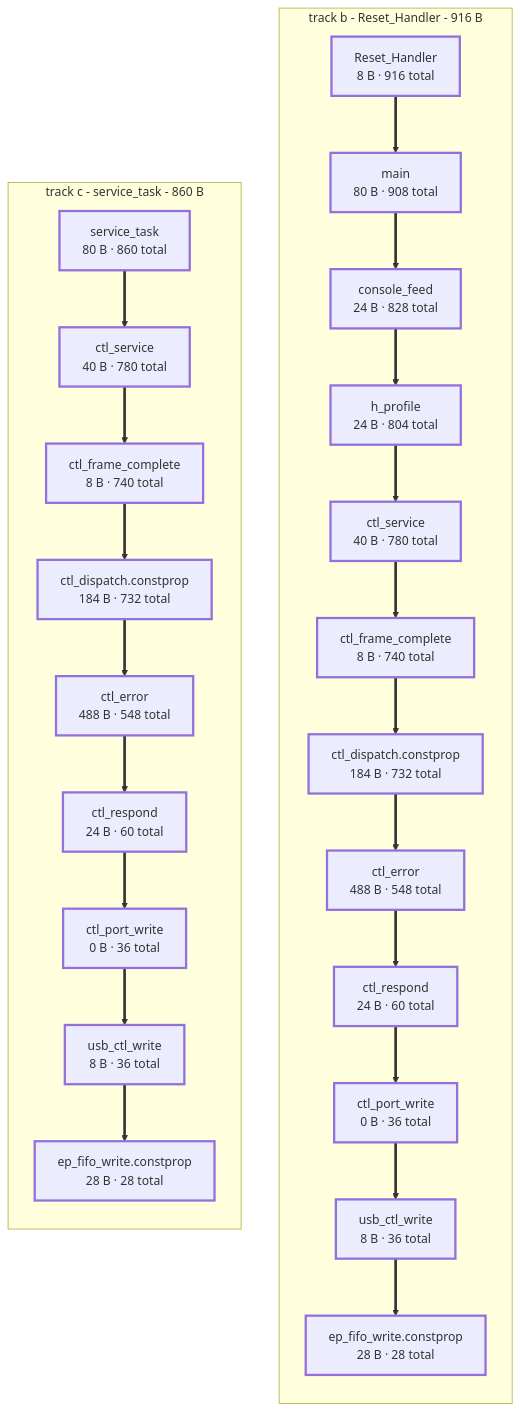
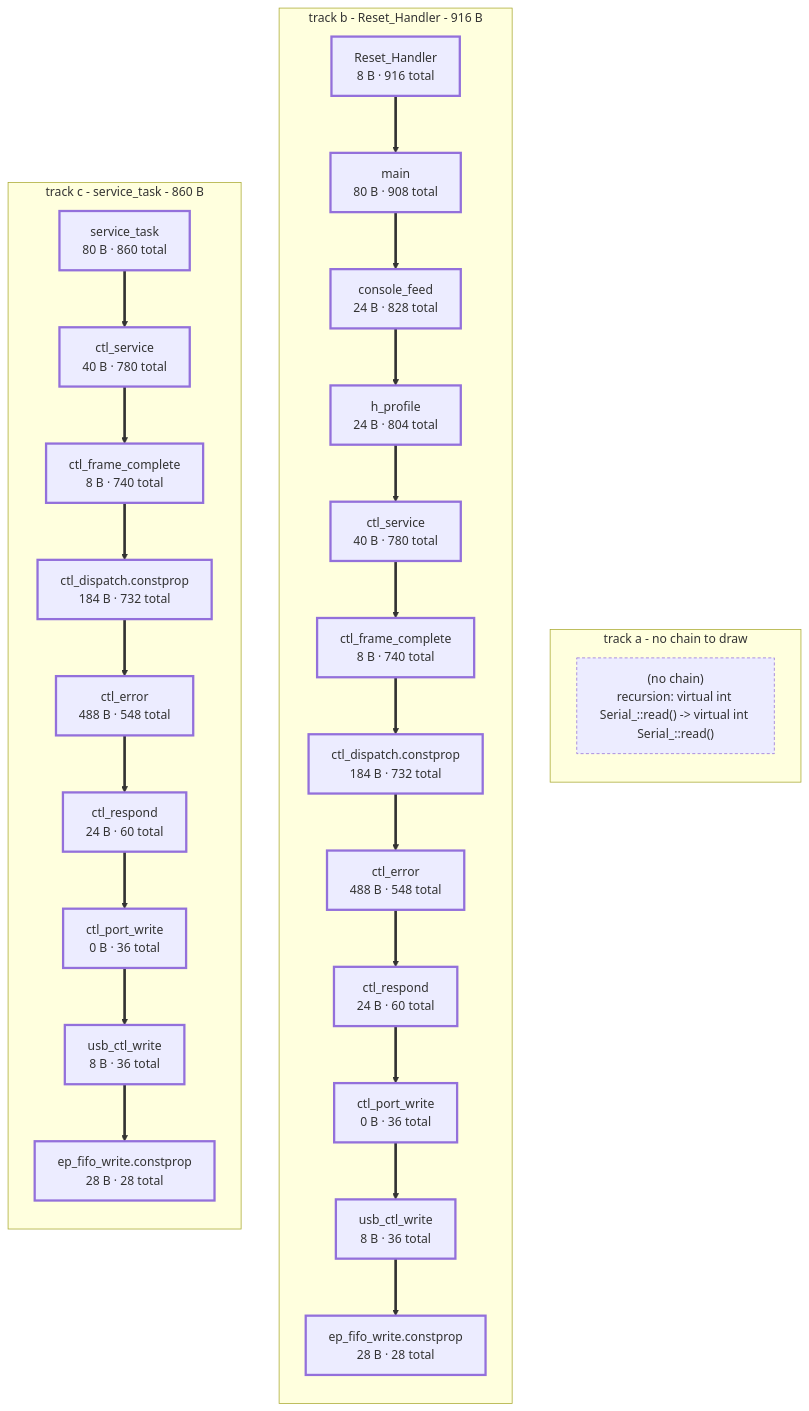
One commit to jerryrt/due_oscilloscope changed the diagram in docs/stack-depth.md. Above: the diagram before and after it, drawn with Mermaid. The commit also changed other lines of this file and 4 other files, not shown here.

````diff
--- a/docs/stack-depth.md
+++ b/docs/stack-depth.md
@@ -133,70 +194,75 @@
 ```mermaid
 graph TD
+  subgraph sg_a["track a - no chain to draw"]
+  direction TB
+    a_none["(no chain)<br/>recursion: virtual int Serial_::read() -#gt; virtual int Serial_::read()"]
+  end
   subgraph sg_b["track b - Reset_Handler - 916 B"]
   direction TB
     b0["Reset_Handler<br/>8 B · 916 total"]
     b1["main<br/>80 B · 908 total"]
     b2["console_feed<br/>24 B · 828 total"]
     b3["h_profile<br/>24 B · 804 total"]
     b4["ctl_service<br/>40 B · 780 total"]
     b5["ctl_frame_complete<br/>8 B · 740 total"]
     b6["ctl_dispatch.constprop<br/>184 B · 732 total"]
     b7["ctl_error<br/>488 B · 548 total"]
     b8["ctl_respond<br/>24 B · 60 total"]
     b9["ctl_port_write<br/>0 B · 36 total"]
     b10["usb_ctl_write<br/>8 B · 36 total"]
     b11["ep_fifo_write.constprop<br/>28 B · 28 total"]
     b0 ==> b1
     b1 ==> b2
     b2 ==> b3
     b3 ==> b4
     b4 ==> b5
     b5 ==> b6
     b6 ==> b7
     b7 ==> b8
     b8 ==> b9
     b9 ==> b10
     b10 ==> b11
   end
   subgraph sg_c["track c - service_task - 860 B"]
   direction TB
     c0["service_task<br/>80 B · 860 total"]
     c1["ctl_service<br/>40 B · 780 total"]
     c2["ctl_frame_complete<br/>8 B · 740 total"]
     c3["ctl_dispatch.constprop<br/>184 B · 732 total"]
     c4["ctl_error<br/>488 B · 548 total"]
     c5["ctl_respond<br/>24 B · 60 total"]
     c6["ctl_port_write<br/>0 B · 36 total"]
     c7["usb_ctl_write<br/>8 B · 36 total"]
     c8["ep_fifo_write.constprop<br/>28 B · 28 total"]
     c0 ==> c1
     c1 ==> c2
     c2 ==> c3
     c3 ==> c4
     c4 ==> c5
     c5 ==> c6
     c6 ==> c7
     c7 ==> c8
   end
   style b0 stroke-width:3px
   style b1 stroke-width:3px
   style b10 stroke-width:3px
   style b11 stroke-width:3px
   style b2 stroke-width:3px
   style b3 stroke-width:3px
   style b4 stroke-width:3px
   style b5 stroke-width:3px
   style b6 stroke-width:3px
   style b7 stroke-width:3px
   style b8 stroke-width:3px
   style b9 stroke-width:3px
   style c0 stroke-width:3px
   style c1 stroke-width:3px
   style c2 stroke-width:3px
   style c3 stroke-width:3px
   style c4 stroke-width:3px
   style c5 stroke-width:3px
   style c6 stroke-width:3px
   style c7 stroke-width:3px
   style c8 stroke-width:3px
+  style a_none stroke-dasharray:4 3
 ```
````
